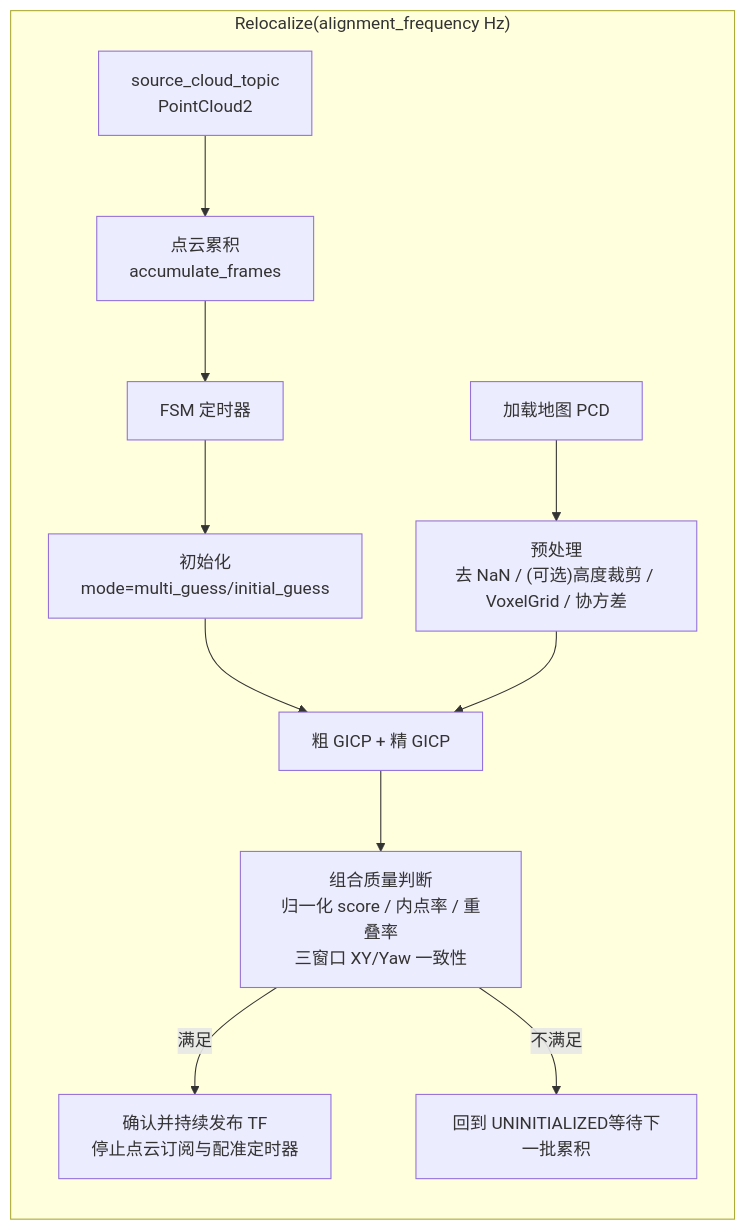
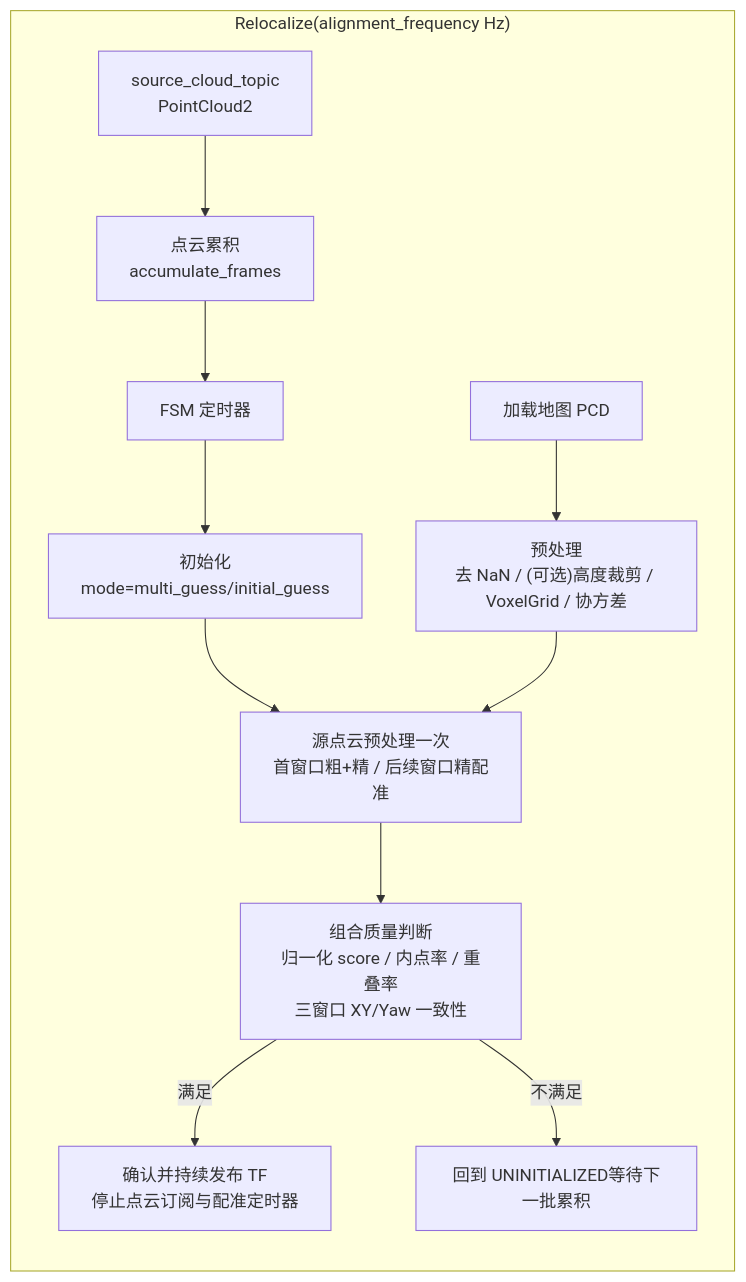
One commit to Walker152/navi_minco_bit changed the diagram in src/perception/icp_relocalization/README.md. Above: the diagram before and after it, drawn with Mermaid. The commit also changed other lines of this file and 7 other files, not shown here.

````diff
--- a/src/perception/icp_relocalization/README.md
+++ b/src/perception/icp_relocalization/README.md
@@ -31,15 +31,15 @@
 ```mermaid
 flowchart RL
         
     subgraph R["Relocalize(alignment_frequency Hz)"]
         K["加载地图 PCD"] --> L["预处理</br>去 NaN / (可选)高度裁剪 / VoxelGrid / 协方差"]
         A["source_cloud_topic</br>PointCloud2"] --> B["点云累积\naccumulate_frames"]
         B --> C["FSM 定时器"]
         C --> D["初始化</br>mode=multi_guess/initial_guess"]
-        D --> E["粗 GICP + 精 GICP"]
+        D --> E["源点云预处理一次</br>首窗口粗+精 / 后续窗口精配准"]
         E --> F["组合质量判断</br>归一化 score / 内点率 / 重叠率</br>三窗口 XY/Yaw 一致性"]
         F -->|"满足"| G["确认并持续发布 TF</br>停止点云订阅与配准定时器"]
         F -->|"不满足"| H["回到 UNINITIALIZED等待下一批累积"]
     end
     L --> E
 ```
````
